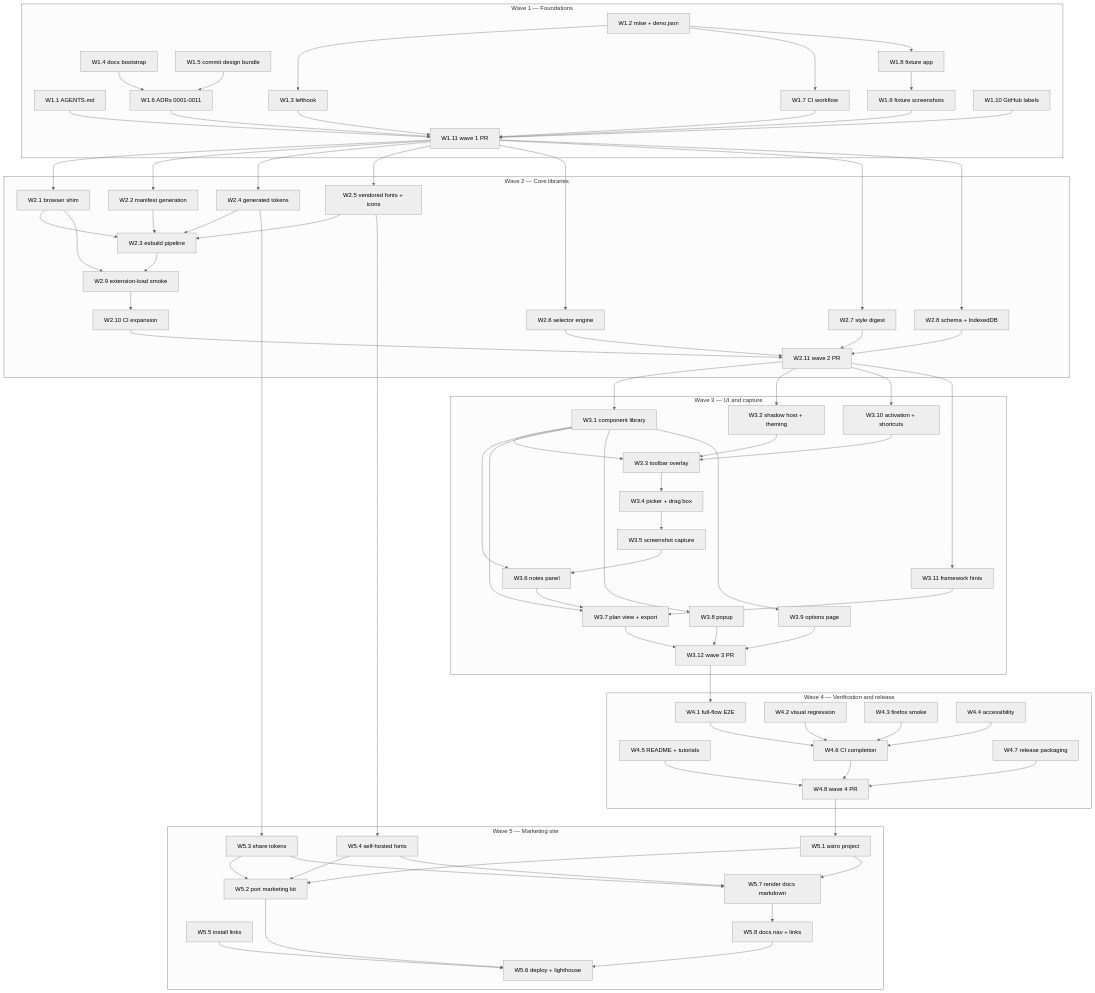
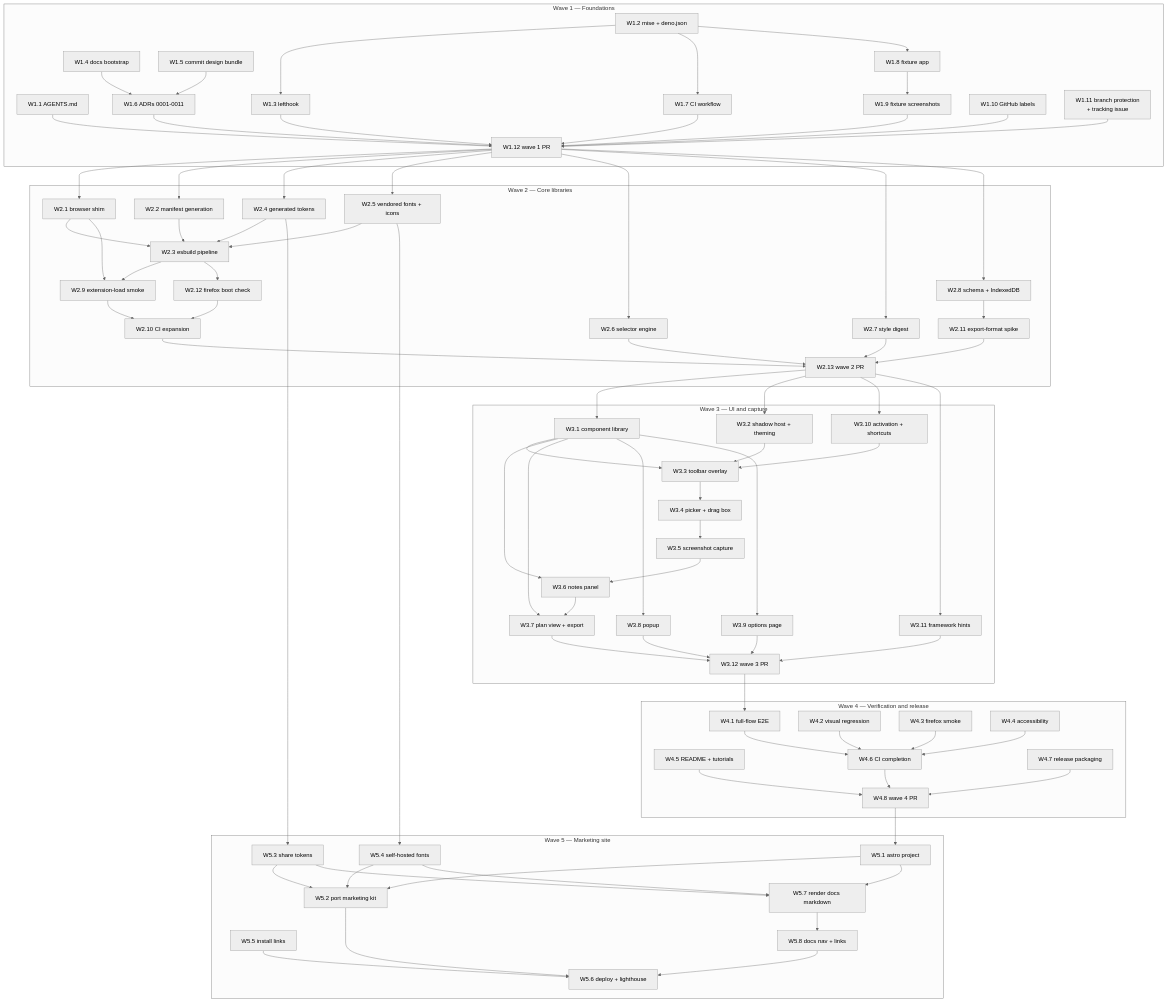
One commit to whizzzkid/point-and-shoot changed the second of 2 diagrams in docs/plans/README.md. Above: the diagram before and after it, drawn with Mermaid (neutral theme). The commit also changed other lines of this file and 6 other files, not shown here.

First line of the commit message:
docs(plans): 📝 fold the architecture review findings into the plan

```diff
--- a/docs/plans/README.md
+++ b/docs/plans/README.md
@@ -51,18 +55,20 @@
     W18["W1.8 fixture app"]
     W19["W1.9 fixture screenshots"]
     W110["W1.10 GitHub labels"]
-    W111["W1.11 wave 1 PR"]
+    W111["W1.11 branch protection<br/>+ tracking issue"]
+    W112["W1.12 wave 1 PR"]
     W12 --> W13
     W14 --> W16
     W15 --> W16
     W12 --> W17
     W12 --> W18 --> W19
-    W11 --> W111
-    W13 --> W111
-    W16 --> W111
-    W17 --> W111
-    W19 --> W111
-    W110 --> W111
+    W11 --> W112
+    W13 --> W112
+    W16 --> W112
+    W17 --> W112
+    W19 --> W112
+    W110 --> W112
+    W111 --> W112
   end
 
   subgraph WAVE2["Wave 2 — Core libraries"]
@@ -76,17 +82,23 @@
     W28["W2.8 schema + IndexedDB"]
     W29["W2.9 extension-load smoke"]
     W210["W2.10 CI expansion"]
-    W211["W2.11 wave 2 PR"]
+    W211["W2.11 export-format spike"]
+    W212["W2.12 firefox boot check"]
+    W213["W2.13 wave 2 PR"]
     W21 --> W23
     W22 --> W23
     W24 --> W23
     W25 --> W23
     W23 --> W29
     W21 --> W29
-    W29 --> W210 --> W211
-    W26 --> W211
-    W27 --> W211
+    W23 --> W212
     W28 --> W211
+    W29 --> W210
+    W212 --> W210
+    W210 --> W213
+    W26 --> W213
+    W27 --> W213
+    W211 --> W213
   end
 
   subgraph WAVE3["Wave 3 — UI and capture"]
@@ -110,10 +122,10 @@
     W31 --> W37
     W31 --> W38
     W31 --> W39
-    W311 --> W37
     W37 --> W312
     W38 --> W312
     W39 --> W312
+    W311 --> W312
   end
 
   subgraph WAVE4["Wave 4 — Verification and release"]
@@ -153,17 +165,17 @@
     W57 --> W58 --> W56
   end
 
-  W111 --> W21
-  W111 --> W22
-  W111 --> W24
-  W111 --> W25
-  W111 --> W26
-  W111 --> W27
-  W111 --> W28
-  W211 --> W31
-  W211 --> W32
-  W211 --> W310
-  W211 --> W311
+  W112 --> W21
+  W112 --> W22
+  W112 --> W24
+  W112 --> W25
+  W112 --> W26
+  W112 --> W27
+  W112 --> W28
+  W213 --> W31
+  W213 --> W32
+  W213 --> W310
+  W213 --> W311
   W312 --> W41
   W48 --> W51
   W24 --> W53
```
